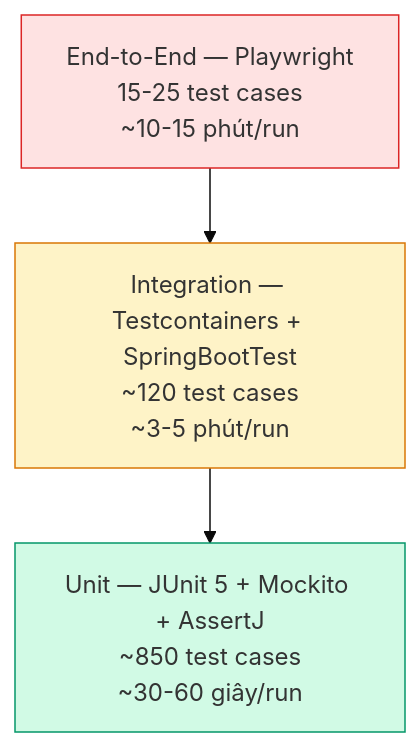
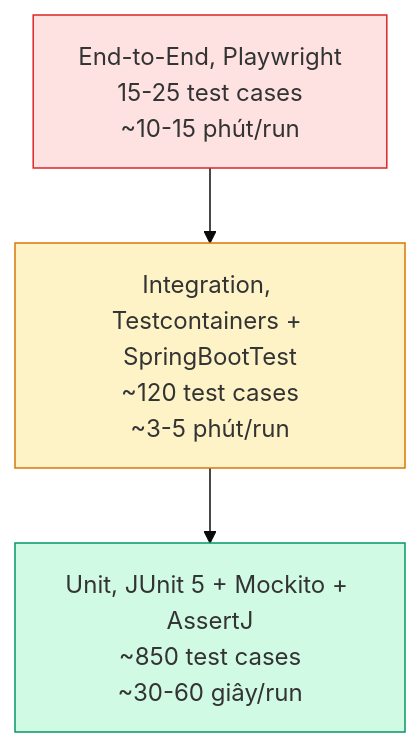
One commit to VictorAurelius/2026-Kite-Class-Platform changed the diagram in documents/08-thesis/chapter-3-implementation.md. Above: the diagram before and after it, drawn with Mermaid (base theme). The commit also changed other lines of this file and 25 other files, not shown here.

````diff
--- a/documents/08-thesis/chapter-3-implementation.md
+++ b/documents/08-thesis/chapter-3-implementation.md
@@ -49,17 +55,17 @@
 ```mermaid
 flowchart TB
-    E2E[End-to-End — Playwright<br/>15-25 test cases<br/>~10-15 phút/run]
-    INT[Integration — Testcontainers + SpringBootTest<br/>~120 test cases<br/>~3-5 phút/run]
-    UNIT[Unit — JUnit 5 + Mockito + AssertJ<br/>~850 test cases<br/>~30-60 giây/run]
+    E2E[End-to-End, Playwright<br/>15-25 test cases<br/>~10-15 phút/run]
+    INT[Integration, Testcontainers + SpringBootTest<br/>~120 test cases<br/>~3-5 phút/run]
+    UNIT[Unit, JUnit 5 + Mockito + AssertJ<br/>~850 test cases<br/>~30-60 giây/run]
 
     E2E --> INT
     INT --> UNIT
 
     classDef pyramidTop fill:#fee2e2,stroke:#dc2626
     classDef pyramidMid fill:#fef3c7,stroke:#d97706
     classDef pyramidBase fill:#d1fae5,stroke:#059669
 
     class E2E pyramidTop
     class INT pyramidMid
     class UNIT pyramidBase
 ```
````
